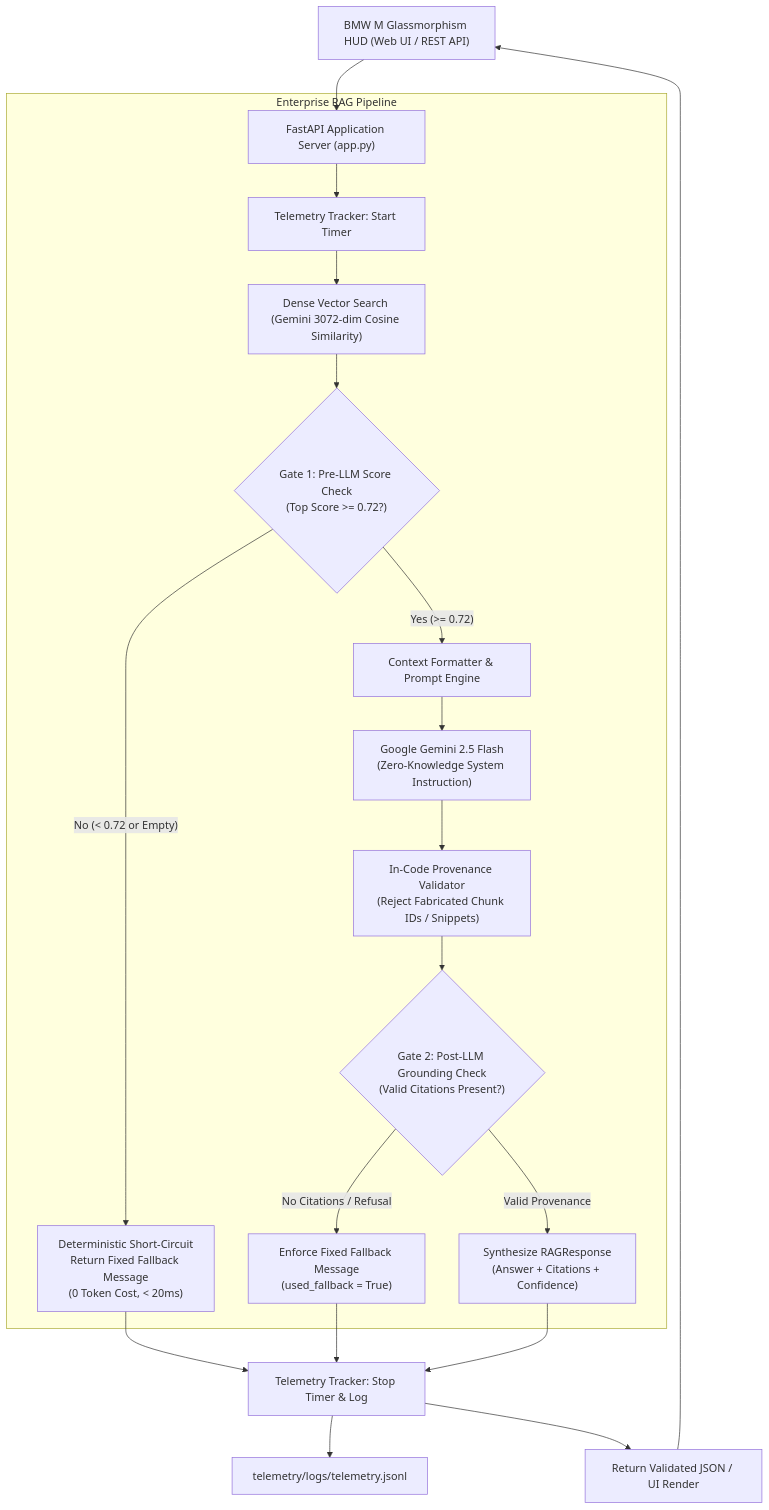
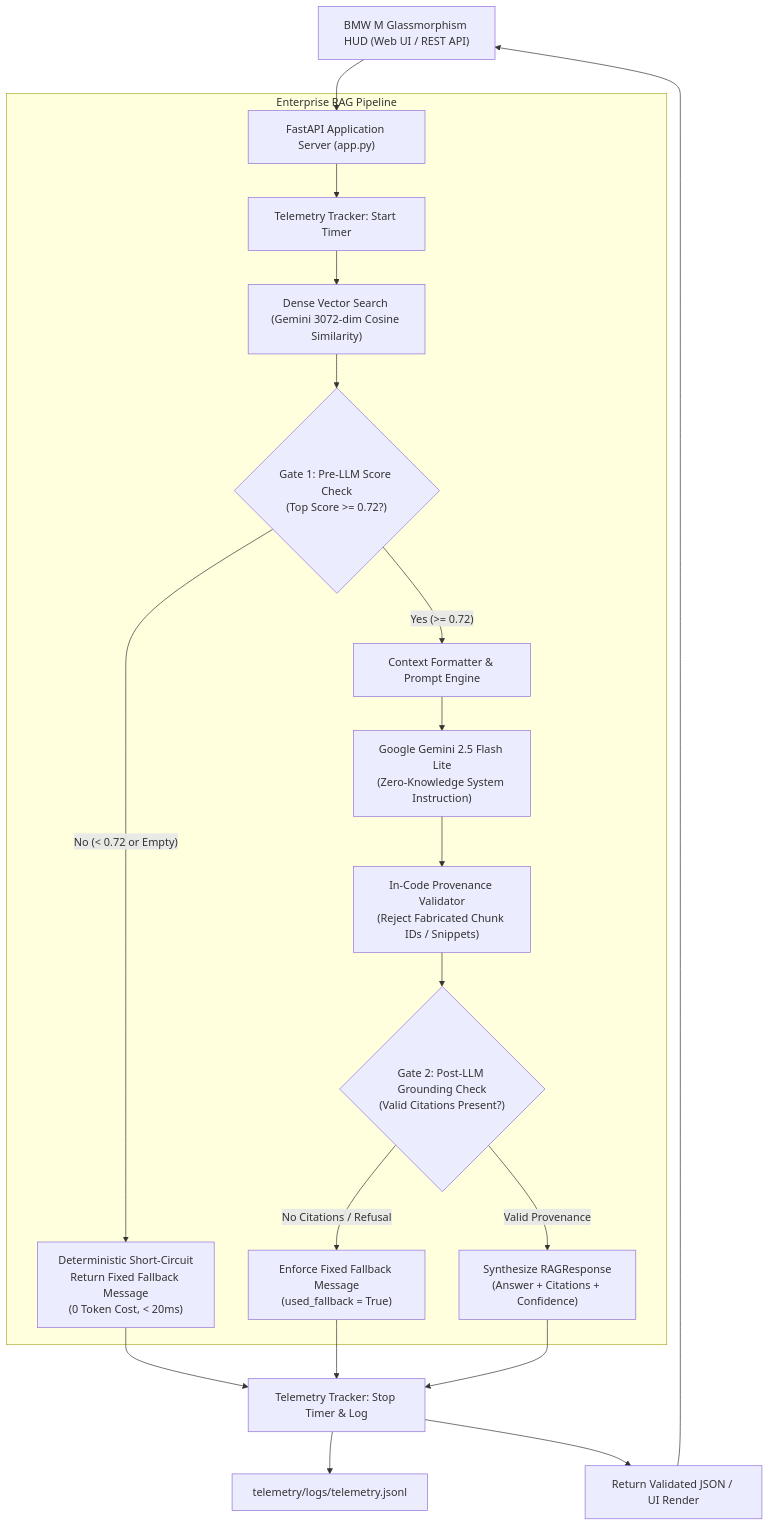
The diagram in README.md (Debanshu17/bmw-ai-chatbot-v2), drawn with Mermaid before and after one commit. The commit also changed other lines of this file and 9 other files, not shown here.

````diff
--- a/README.md
+++ b/README.md
@@ -15,30 +17,30 @@
 ```mermaid
 flowchart TD
     Client["BMW M Glassmorphism HUD (Web UI / REST API)"] --> FastAPI["FastAPI Application Server (app.py)"]
     
     subgraph Core ["Enterprise RAG Pipeline"]
         FastAPI --> TelemetryStart["Telemetry Tracker: Start Timer"]
         TelemetryStart --> VectorSearch["Dense Vector Search (Gemini 3072-dim Cosine Similarity)"]
         
         VectorSearch --> Gate1{"Gate 1: Pre-LLM Score Check\n(Top Score >= 0.72?)"}
         
         Gate1 -- "No (< 0.72 or Empty)" --> FastFallback["Deterministic Short-Circuit\nReturn Fixed Fallback Message\n(0 Token Cost, < 20ms)"]
         
         Gate1 -- "Yes (>= 0.72)" --> PromptEngine["Context Formatter & Prompt Engine"]
-        PromptEngine --> LLM["Google Gemini 2.5 Flash\n(Zero-Knowledge System Instruction)"]
+        PromptEngine --> LLM["Google Gemini 2.5 Flash Lite\n(Zero-Knowledge System Instruction)"]
         
         LLM --> Validator["In-Code Provenance Validator\n(Reject Fabricated Chunk IDs / Snippets)"]
         Validator --> Gate2{"Gate 2: Post-LLM Grounding Check\n(Valid Citations Present?)"}
         
         Gate2 -- "No Citations / Refusal" --> FallbackClean["Enforce Fixed Fallback Message\n(used_fallback = True)"]
         Gate2 -- "Valid Provenance" --> ValidResponse["Synthesize RAGResponse\n(Answer + Citations + Confidence)"]
     end
     
     FastFallback --> TelemetryStop["Telemetry Tracker: Stop Timer & Log"]
     FallbackClean --> TelemetryStop
     ValidResponse --> TelemetryStop
     
     TelemetryStop --> Logs["telemetry/logs/telemetry.jsonl"]
     TelemetryStop --> APIOutput["Return Validated JSON / UI Render"]
     APIOutput --> Client
 ```
````
